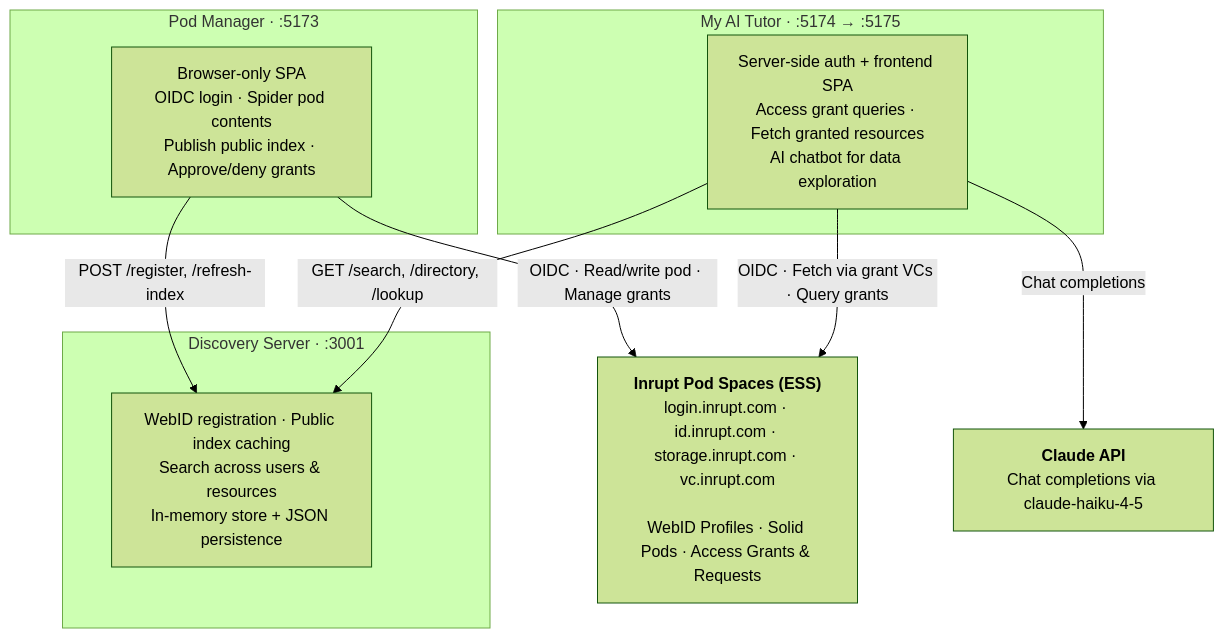
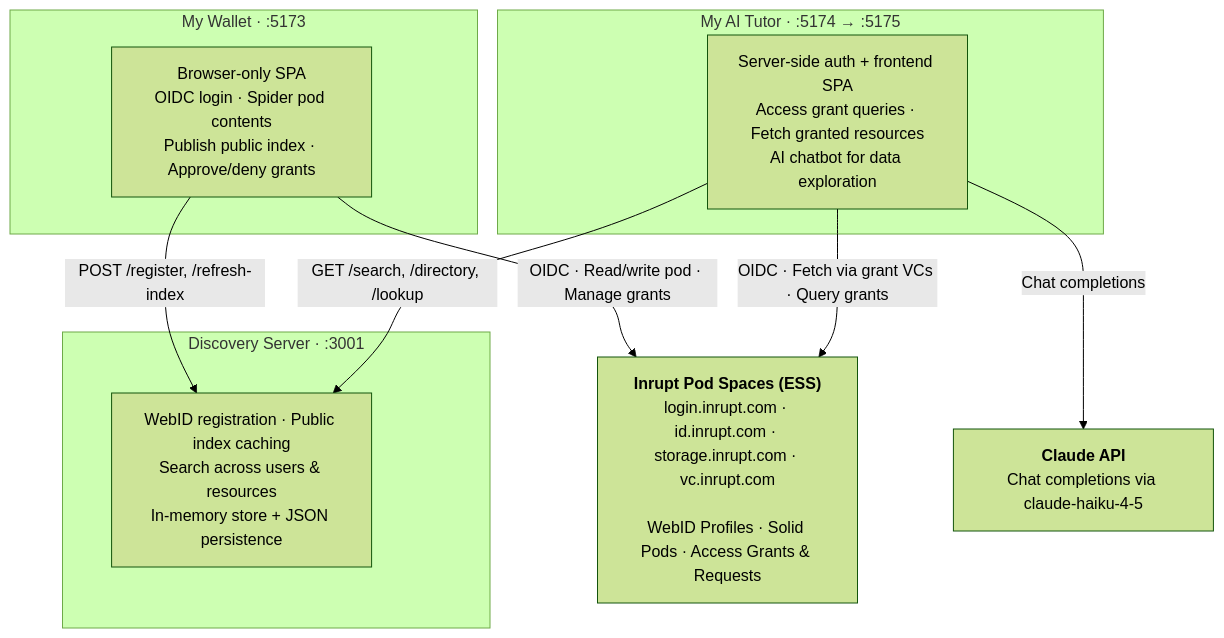
Before and after one commit to inrupt-sandbox/solid-sandbox-apps: the diagram in README.md, drawn with Mermaid (forest theme). The commit also changed other lines of this file and 1 other file, not shown here.

Commit message:
Rename Pod Manager to My Wallet

````diff
--- a/README.md
+++ b/README.md
@@ -9,24 +9,24 @@
 ```mermaid
 graph TB
     ESS["<b>Inrupt Pod Spaces (ESS)</b><br/>login.inrupt.com · id.inrupt.com · storage.inrupt.com · vc.inrupt.com<br/><br/>WebID Profiles · Solid Pods · Access Grants &amp; Requests"]
     AI["<b>Claude API</b><br/>Chat completions via claude-haiku-4-5"]
 
-    subgraph PM["Pod Manager · :5173"]
+    subgraph PM["My Wallet · :5173"]
         PM_desc["Browser-only SPA<br/>OIDC login · Spider pod contents<br/>Publish public index · Approve/deny grants"]
     end
 
     subgraph DR["My AI Tutor · :5174 → :5175"]
         DR_desc["Server-side auth + frontend SPA<br/>Access grant queries · Fetch granted resources<br/>AI chatbot for data exploration"]
     end
 
     subgraph DS["Discovery Server · :3001"]
         DS_desc["WebID registration · Public index caching<br/>Search across users & resources<br/>In-memory store + JSON persistence"]
     end
 
     PM_desc -- "OIDC · Read/write pod · Manage grants" --> ESS
     PM_desc -- "POST /register, /refresh-index" --> DS_desc
 
     DR_desc -- "OIDC · Fetch via grant VCs · Query grants" --> ESS
     DR_desc -- "GET /search, /directory, /lookup" --> DS_desc
     DR_desc -- "Chat completions" --> AI
 ```
````
